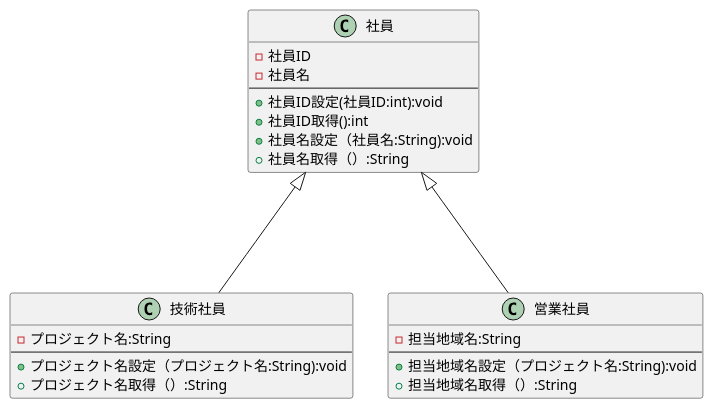
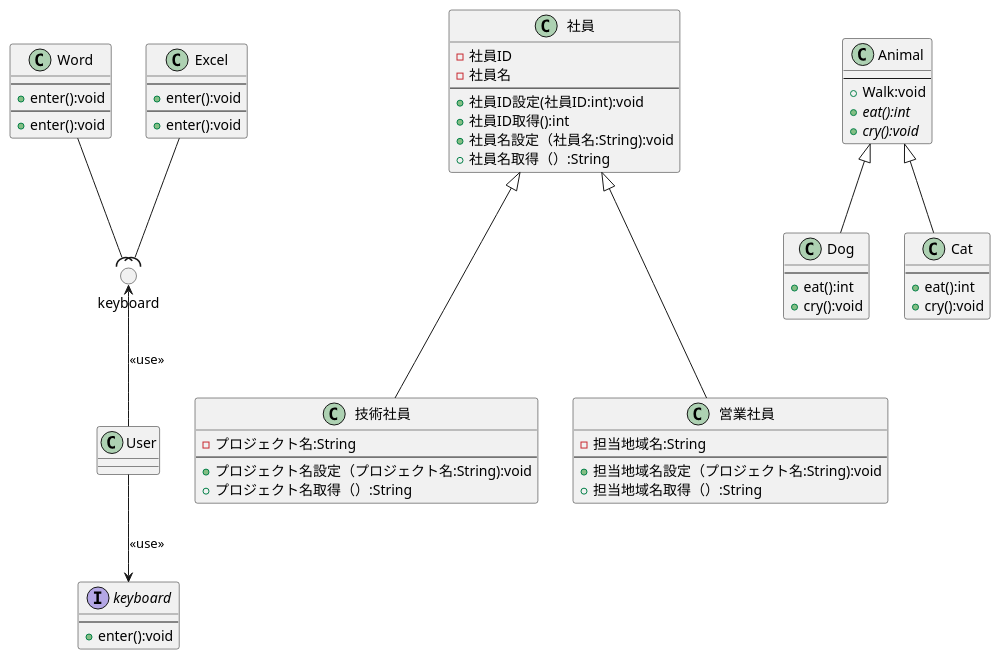
One commit to kuboi0627/unl-introduction changed the diagram in 図3-3_継承・抽象・インターフェース.pu. Above: the diagram before and after it, drawn with PlantUML.

Commit message:
抽象・インターフェース

```diff
--- a/図3-3_継承・抽象・インターフェース.pu
+++ b/図3-3_継承・抽象・インターフェース.pu
@@ -1,25 +1,79 @@
 @startuml
 class 社員{
 - 社員ID
 - 社員名
 ---
 + 社員ID設定(社員ID:int):void
 + 社員ID取得():int
 + 社員名設定（社員名:String):void
 + 社員名取得（）:String
 }
 class 技術社員{
 - プロジェクト名:String
 ---
 + プロジェクト名設定（プロジェクト名:String):void
 + プロジェクト名取得（）:String
 }
 class 営業社員{
 - 担当地域名:String
 ---
 + 担当地域名設定（プロジェクト名:String):void
 + 担当地域名取得（）:String
 }
 社員<|--down- 技術社員
 社員<|--down- 営業社員
+
+class Animal {
+---
++ Walk:void
++ {abstract} eat():int
++ {abstract} cry():void
+}
+class Dog {
+---
++ eat():int
++ cry():void
+}
+class Cat {
+---
++ eat():int
++ cry():void
+}
+Animal <|-down- Dog
+Animal <|-down- Cat
+
+class Word {
+---
++ enter():void
+}
+class Excel {
+---
++ enter():void
+}
+interface keyboard {
+' <<interface>>
+---
++ enter():void
+}
+' keyboard <|.. Word
+' keyboard <|.. Excel
+class User {
+}
+keyboard <-up- User:<< use >>
+
+class Word {
+---
++ enter():void
+}
+class Excel {
+---
++ enter():void
+}
+circle "keyboard" as I1
+Word --( I1
+Excel --(I1
+class User {
+}
+I1 <-- User:<< use >>
+
 @enduml
```
